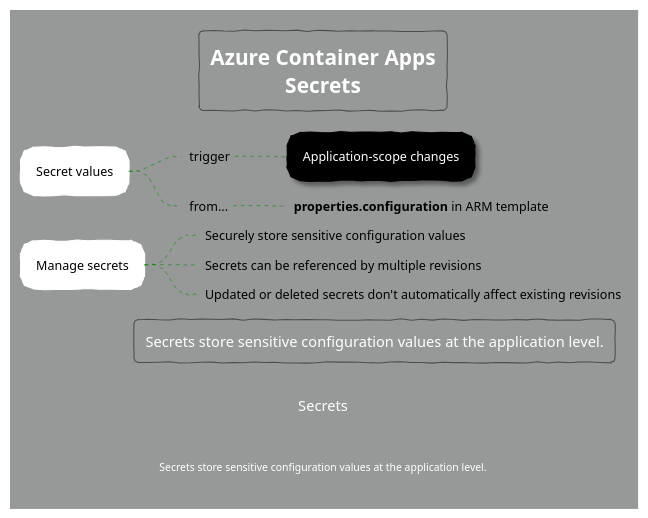
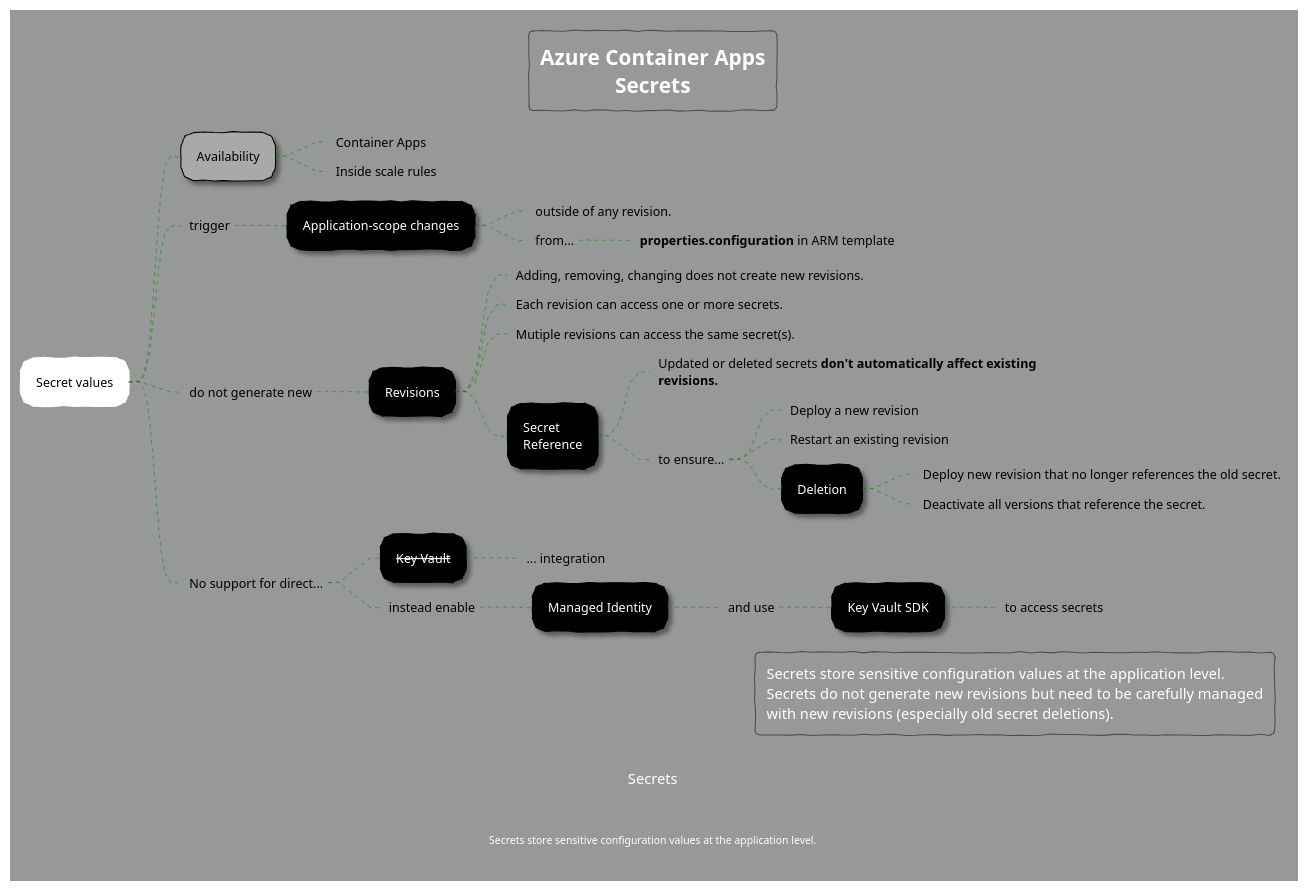
One commit to rob-bl8ke/Az204-Containerization changed the diagram in Notes/Diagrams/ContainerApps/container-apps-secrets.plantuml. Above: the diagram before and after it, drawn with PlantUML. The commit also changed 7 other files, not shown here.

Commit message:
Container Apps updates (secrets, dapr, revisions)

```diff
--- a/Notes/Diagrams/ContainerApps/container-apps-secrets.plantuml
+++ b/Notes/Diagrams/ContainerApps/container-apps-secrets.plantuml
@@ -1,77 +1,102 @@
 @startmindmap "Azure Container Apps Secrets"
 title Azure Container Apps\nSecrets
 
 ' Available themes: https://plantuml.com/theme
 !theme sketchy
 
 ' skinparam backgroundColor #e8edec
 skinparam backgroundColor #969998
 ' skinparam nodeWidth 200
 ' skinparam nodeHeight 30
 
 <style>
     mindMapDiagram {
         .root {
             BackgroundColor darkblue
             LineColor black
             FontColor white
         }
 
         .blue {
             FontColor darkblue
         }
 
         node {
             FontColor white
             LineColor black
             BackgroundColor black
             Shadowing 2.0
             RoundCorner 25
         }
         :depth(0) {
             FontColor black
             LineColor white
             BackgroundColor white
             Shadowing 0.0
         }
         :depth(1) {
             FontColor black
             BackgroundColor darkgrey
             Shadowing 2.0
         }
 
         arrow {
             LineStyle 4
             LineThickness 0.5
             LineColor green
         }
 
         boxless {
             FontColor black
             Margin 10
             Padding 10
             MaximumWidth 400
         }
     }
 </style>
 
 caption Secrets
 footer Secrets store sensitive configuration values at the application level.
 
++ Secret values
 
-+ Secret values
+++ Availability
++++_ Container Apps
++++_ Inside scale rules
+
 ++_ trigger
 +++ Application-scope changes
-++_ from...
-+++_ **properties.configuration** in ARM template
+++++_ outside of any revision.
+++++_ from...
++++++_ **properties.configuration** in ARM template
 
-+ Manage secrets
-++_ Securely store sensitive configuration values
-++_ Secrets can be referenced by multiple revisions
-++_ Updated or deleted secrets don't automatically affect existing revisions
+++_ do not generate new
++++ Revisions
+++++_ Adding, removing, changing does not create new revisions.
+++++_ Each revision can access one or more secrets.
+++++_ Mutiple revisions can access the same secret(s).
+++++ Secret\nReference
++++++_ Updated or deleted secrets **don't automatically affect existing revisions.**
++++++_ to ensure...
+++++++_ Deploy a new revision
+++++++_ Restart an existing revision
+++++++ Deletion
++++++++_ Deploy new revision that no longer references the old secret.
++++++++_ Deactivate all versions that reference the secret.
+
+++_ No support for direct...
++++ <s>Key Vault</s>
+++++_ ... integration
++++_ instead enable
+++++ Managed Identity
++++++_ and use
+++++++ Key Vault SDK
++++++++_ to access secrets
 
 legend right
 Secrets store sensitive configuration values at the application level.
+Secrets do not generate new revisions but need to be carefully managed
+with new revisions (especially old secret deletions).
 endlegend
 
 @endmindmap
```
